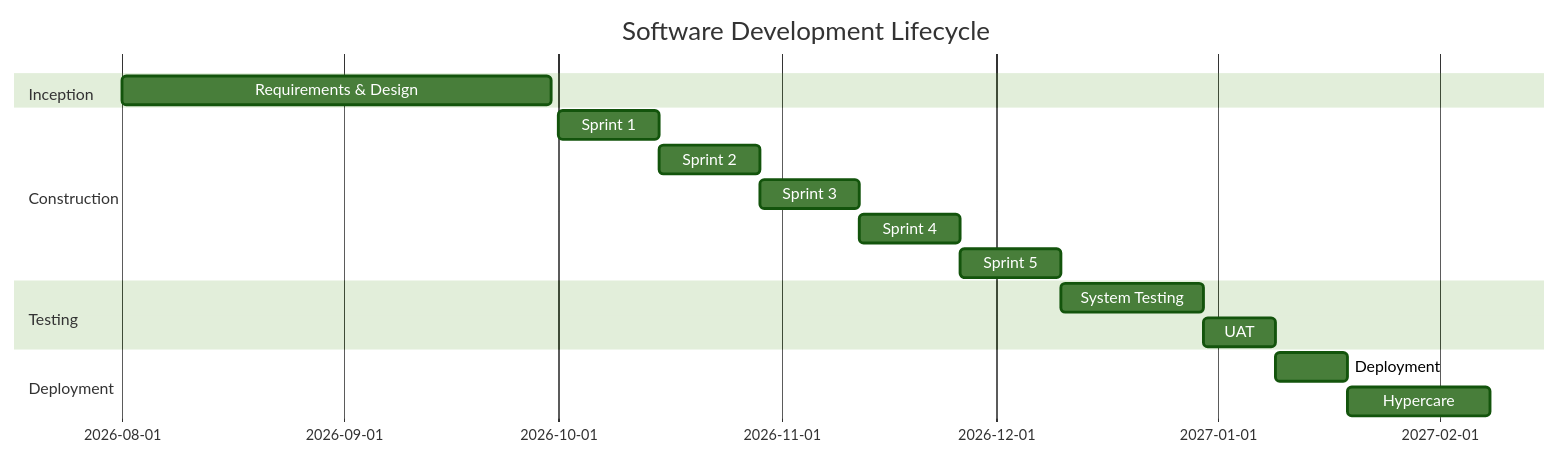
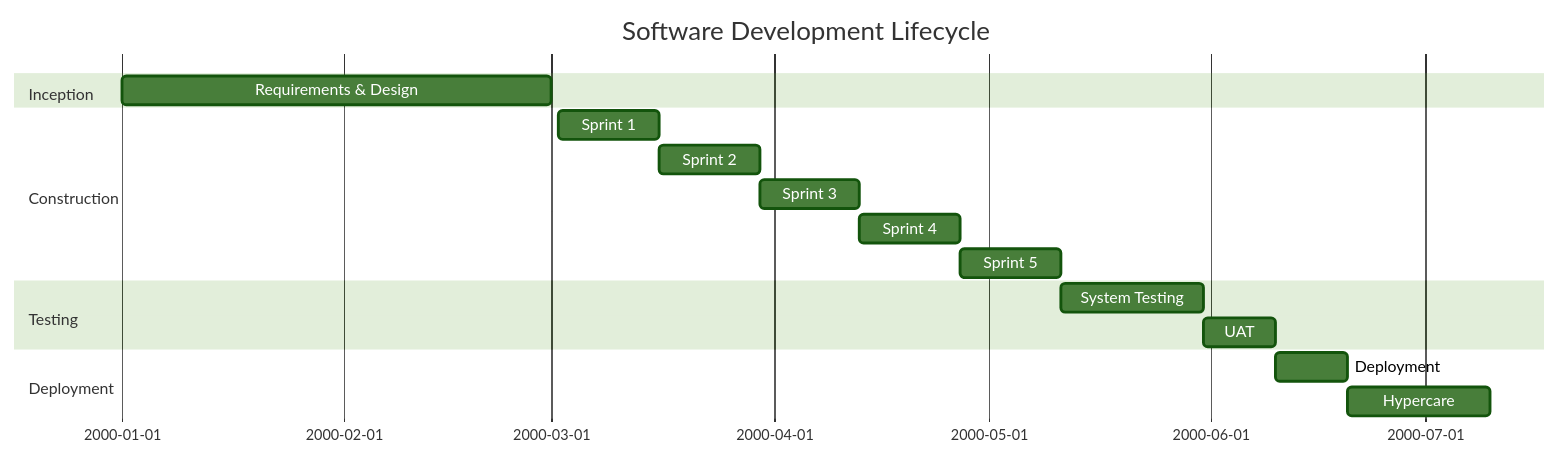
The diagram in document-template/22_Domain_Specific/Software-Development-Plan.md (oat431/swe-knowledge), drawn with Mermaid (forest theme) before and after one commit. The commit also changed 56 other files, not shown here.

````diff
--- a/document-template/22_Domain_Specific/Software-Development-Plan.md
+++ b/document-template/22_Domain_Specific/Software-Development-Plan.md
@@ -43,19 +43,20 @@
 ```mermaid
 gantt
     title Software Development Lifecycle
     dateFormat YYYY-MM-DD
+    %% Placeholder schedule: base 2000-01-01 = project start; recompute real dates when instantiating
     section Inception
-    Requirements & Design  :a1, 2026-08-01, 60d
+    Requirements & Design  :a1, 2000-01-01, 60d
     section Construction
-    Sprint 1               :b1, 2026-10-01, 14d
+    Sprint 1               :b1, 2000-03-02, 14d
     Sprint 2               :b2, after b1, 14d
     Sprint 3               :b3, after b2, 14d
     Sprint 4               :b4, after b3, 14d
     Sprint 5               :b5, after b4, 14d
     section Testing
     System Testing         :c1, after b5, 20d
     UAT                    :c2, after c1, 10d
     section Deployment
     Deployment             :d1, after c2, 10d
     Hypercare              :d2, after d1, 20d
 ```
````
